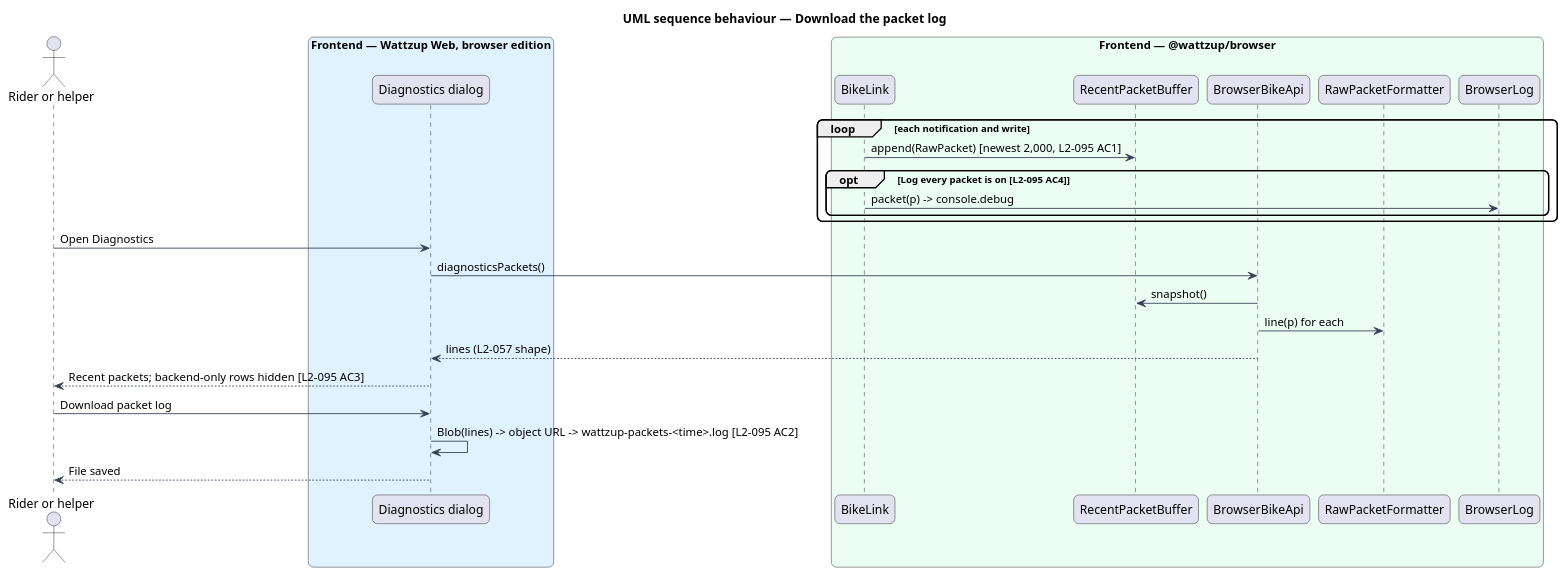
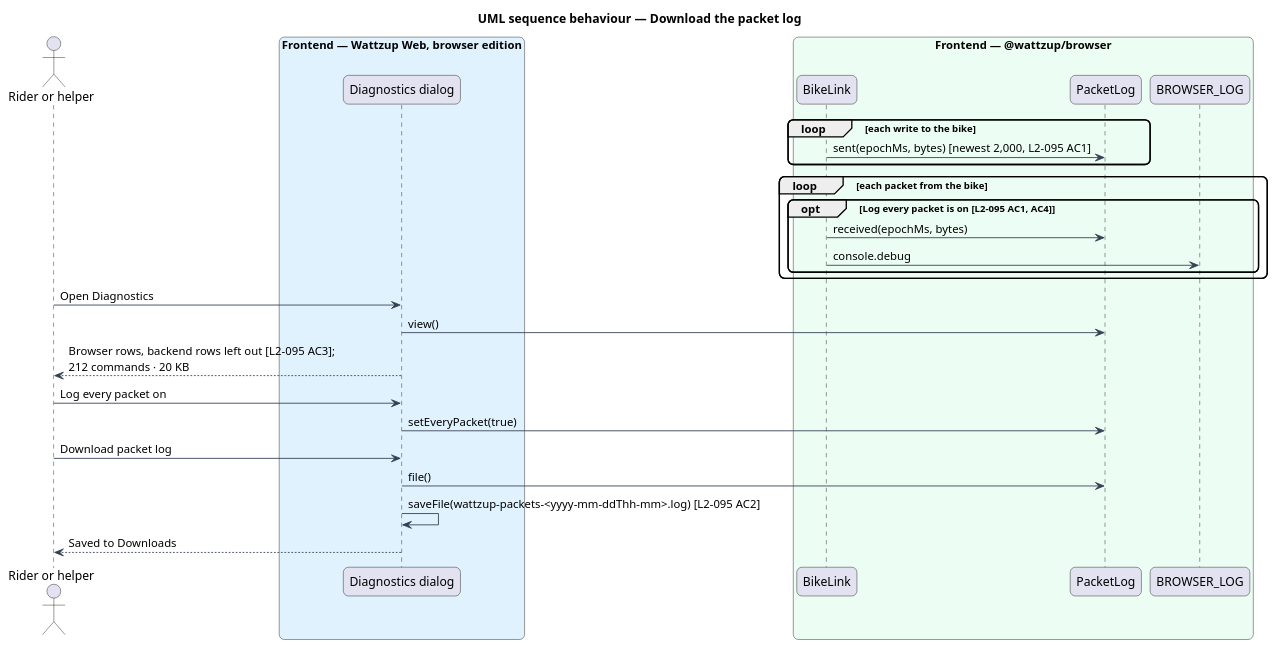
Before and after one commit to QuinntyneBrown/ride-one: the diagram in docs/detailed-designs/browser-edition/diagnose-in-browser/diagrams/sequence-download-log.puml, drawn with PlantUML. The commit also changed 27 other files, not shown here.

First line of the commit message:
Diagnose the bike in the browser edition (L2-095)

```diff
--- a/docs/detailed-designs/browser-edition/diagnose-in-browser/diagrams/sequence-download-log.puml
+++ b/docs/detailed-designs/browser-edition/diagnose-in-browser/diagrams/sequence-download-log.puml
@@ -1,35 +1,35 @@
 @startuml
 title UML sequence behaviour — Download the packet log
 skinparam backgroundColor #FFFFFF
 skinparam shadowing false
 skinparam roundcorner 12
 skinparam defaultFontName Arial
 skinparam ArrowColor #344054
 actor "Rider or helper" as rider
 box "Frontend — Wattzup Web, browser edition" #E0F2FE
   participant "Diagnostics dialog" as dlg
 end box
 box "Frontend — @wattzup/browser" #ECFDF3
   participant "BikeLink" as link
-  participant "RecentPacketBuffer" as ring
-  participant "BrowserBikeApi" as api
-  participant "RawPacketFormatter" as fmt
-  participant "BrowserLog" as log
+  participant "PacketLog" as ring
+  participant "BROWSER_LOG" as log
 end box
-
-loop each notification and write
-  link -> ring : append(RawPacket) [newest 2,000, L2-095 AC1]
-  opt Log every packet is on [L2-095 AC4]
-    link -> log : packet(p) -> console.debug
+loop each write to the bike
+  link -> ring : sent(epochMs, bytes) [newest 2,000, L2-095 AC1]
+end
+loop each packet from the bike
+  opt Log every packet is on [L2-095 AC1, AC4]
+    link -> ring : received(epochMs, bytes)
+    link -> log : console.debug
   end
 end
 rider -> dlg : Open Diagnostics
-dlg -> api : diagnosticsPackets()
-api -> ring : snapshot()
-api -> fmt : line(p) for each
-api --> dlg : lines (L2-057 shape)
-dlg --> rider : Recent packets; backend-only rows hidden [L2-095 AC3]
+dlg -> ring : view()
+dlg --> rider : Browser rows, backend rows left out [L2-095 AC3];\n212 commands · 20 KB
+rider -> dlg : Log every packet on
+dlg -> ring : setEveryPacket(true)
 rider -> dlg : Download packet log
-dlg -> dlg : Blob(lines) -> object URL -> wattzup-packets-<time>.log [L2-095 AC2]
-dlg --> rider : File saved
+dlg -> ring : file()
+dlg -> dlg : saveFile(wattzup-packets-<yyyy-mm-ddThh-mm>.log) [L2-095 AC2]
+dlg --> rider : Saved to Downloads
 @enduml
```
